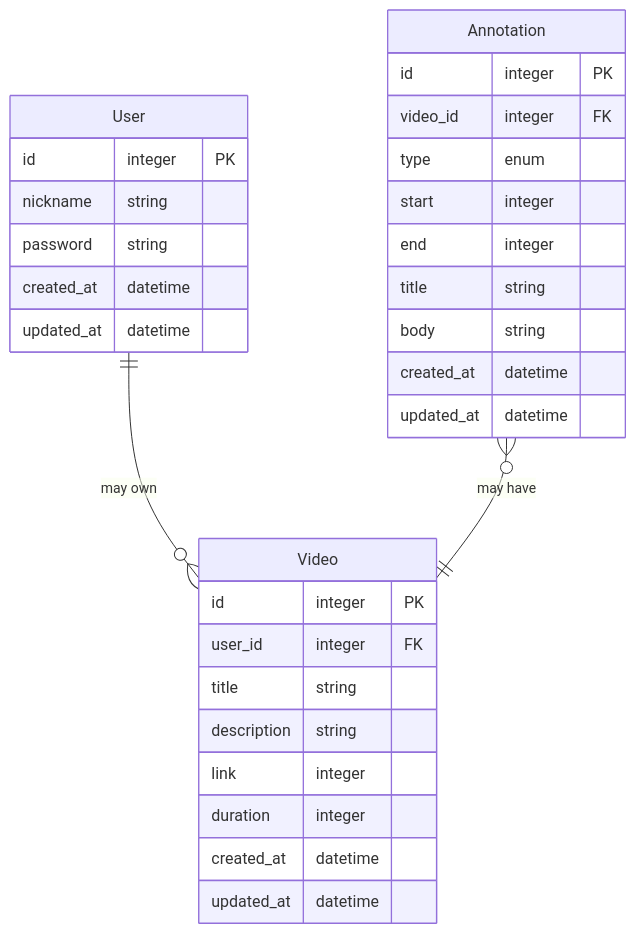
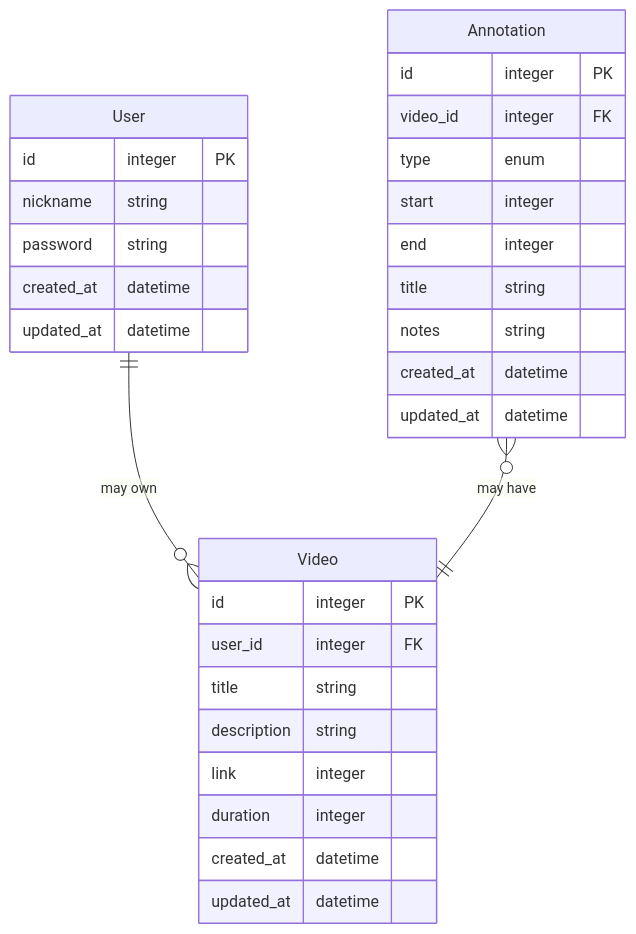
The first of 4 diagrams in README.md (zatarain/note-vook), drawn with Mermaid before and after one commit. The commit also changed other lines of this file and 1 other file, not shown here.

First line of the commit message:
VOOK-004: Notes for running the container locally (#5)

````diff
--- a/README.md
+++ b/README.md
@@ -62,37 +66,37 @@
 ```mermaid
 erDiagram
-	Video {
-		id integer PK
-		user_id integer FK
-		title string
-		description string
-		link integer
-		duration integer
-		created_at datetime
-		updated_at datetime
-	}
+  Video {
+    id integer PK
+    user_id integer FK
+    title string
+    description string
+    link integer
+    duration integer
+    created_at datetime
+    updated_at datetime
+  }
 
-	Annotation {
-		id integer PK
-		video_id integer FK
-		type enum
-		start integer
-		end integer
-		title string
-		body string
-		created_at datetime
-		updated_at datetime
-	}
+  Annotation {
+    id integer PK
+    video_id integer FK
+    type enum
+    start integer
+    end integer
+    title string
+    notes string
+    created_at datetime
+    updated_at datetime
+  }
 
-	User {
-		id integer PK
-		nickname string
-		password string
-		created_at datetime
-		updated_at datetime
-	}
+  User {
+    id integer PK
+    nickname string
+    password string
+    created_at datetime
+    updated_at datetime
+  }
 
-	User ||--o{ Video : "may own"
-	Annotation }o--|| Video: "may have"
+  User ||--o{ Video : "may own"
+  Annotation }o--|| Video: "may have"
 
 ```
````
